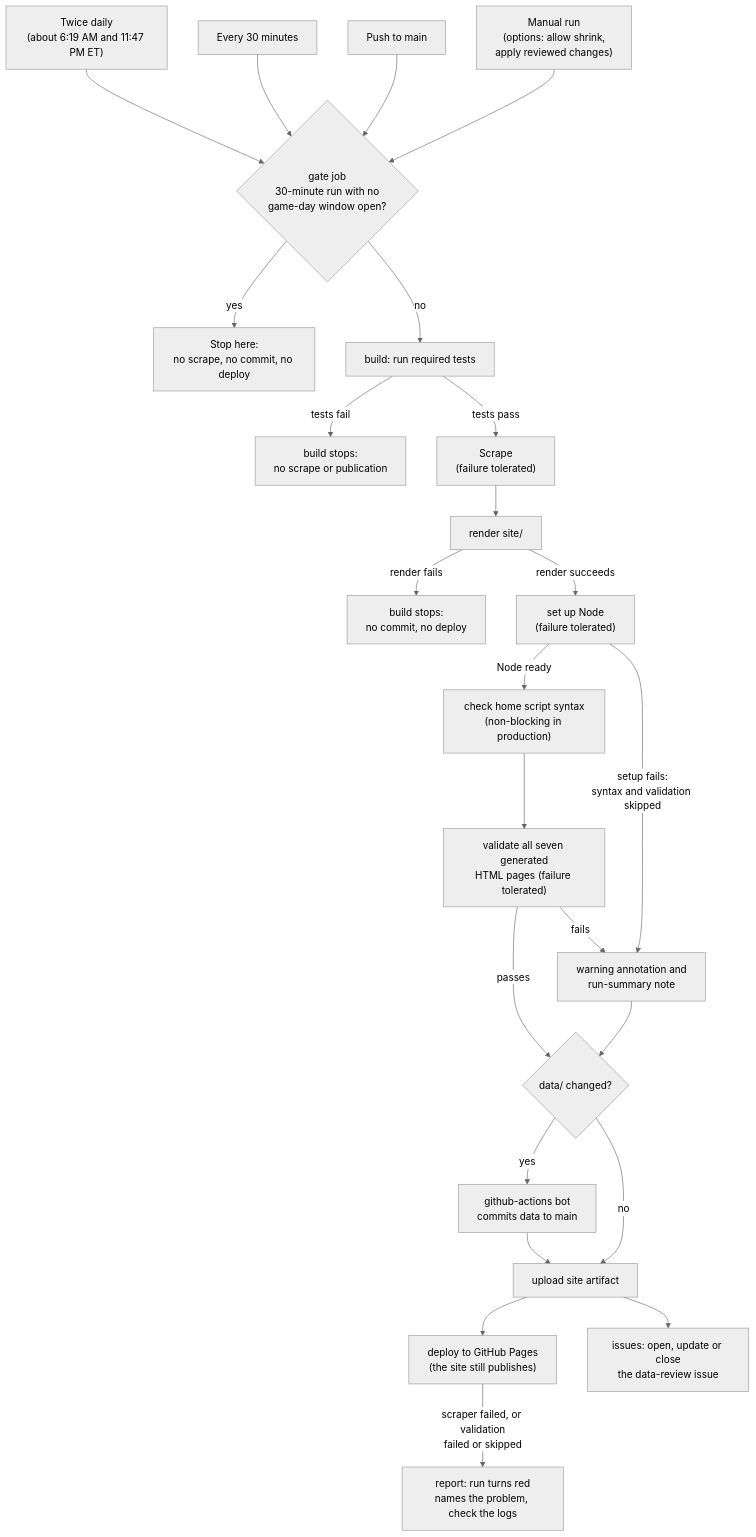
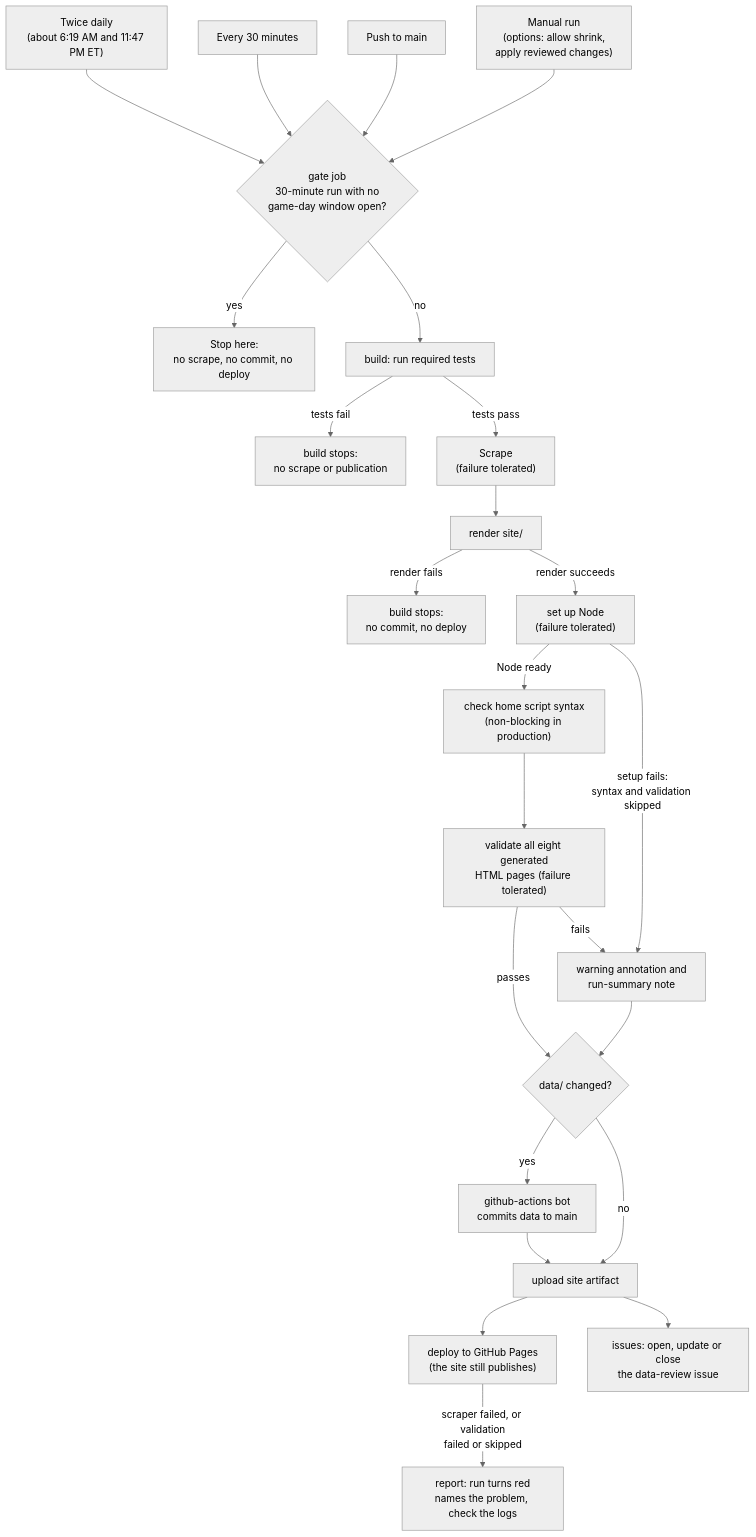
The second of 3 diagrams in README.md (jacksonmote/DePauw-vs-Wabash-web), drawn with Mermaid (neutral theme) before and after one commit. The commit also changed other lines of this file and 1 other file, not shown here.

````diff
--- a/README.md
+++ b/README.md
@@ -178,27 +182,27 @@
 ```mermaid
 flowchart TD
   T1["Twice daily<br/>(about 6:19 AM and 11:47 PM ET)"] --> G
   T2["Every 30 minutes"] --> G
   T3["Push to main"] --> G
   T4["Manual run<br/>(options: allow shrink,<br/>apply reviewed changes)"] --> G
   G{"gate job<br/>30-minute run with no<br/>game-day window open?"}
   G -- "yes" --> X["Stop here:<br/>no scrape, no commit, no deploy"]
   G -- "no" --> B["build: run required tests"]
   B -- "tests fail" --> TF["build stops:<br/>no scrape or publication"]
   B -- "tests pass" --> S["Scrape<br/>(failure tolerated)"]
   S --> R["render site/"]
   R -- "render fails" --> RF["build stops:<br/>no commit, no deploy"]
   R -- "render succeeds" --> N["set up Node<br/>(failure tolerated)"]
   N -- "Node ready" --> JS["check home script syntax<br/>(non-blocking in production)"]
-  JS --> V["validate all seven generated<br/>HTML pages (failure tolerated)"]
+  JS --> V["validate all eight generated<br/>HTML pages (failure tolerated)"]
   N -- "setup fails:<br/>syntax and validation skipped" --> W
   V -- "passes" --> C
   V -- "fails" --> W["warning annotation and<br/>run-summary note"]
   W --> C{"data/ changed?"}
   C -- "yes" --> CM["github-actions bot<br/>commits data to main"]
   C -- "no" --> U
   CM --> U["upload site artifact"]
   U --> D["deploy to GitHub Pages<br/>(the site still publishes)"]
   U --> IS["issues: open, update or close<br/>the data-review issue"]
   D -- "scraper failed, or validation<br/>failed or skipped" --> RP["report: run turns red<br/>names the problem, check the logs"]
 ```
````
